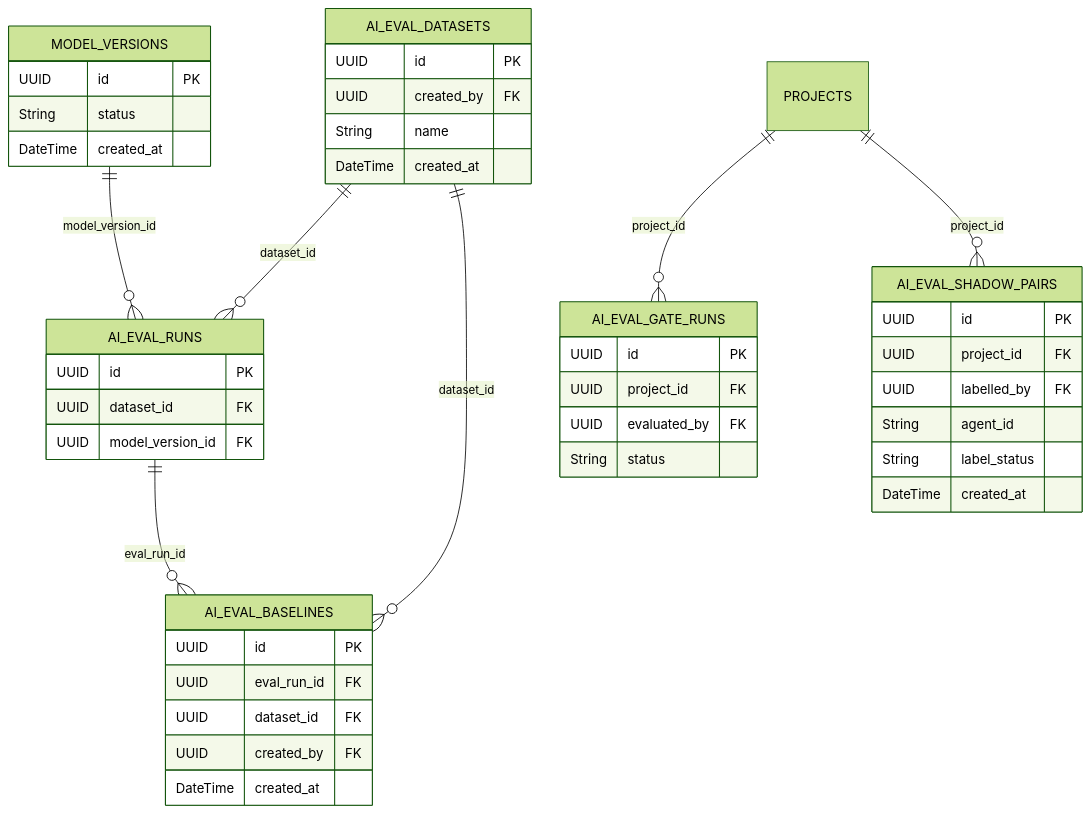
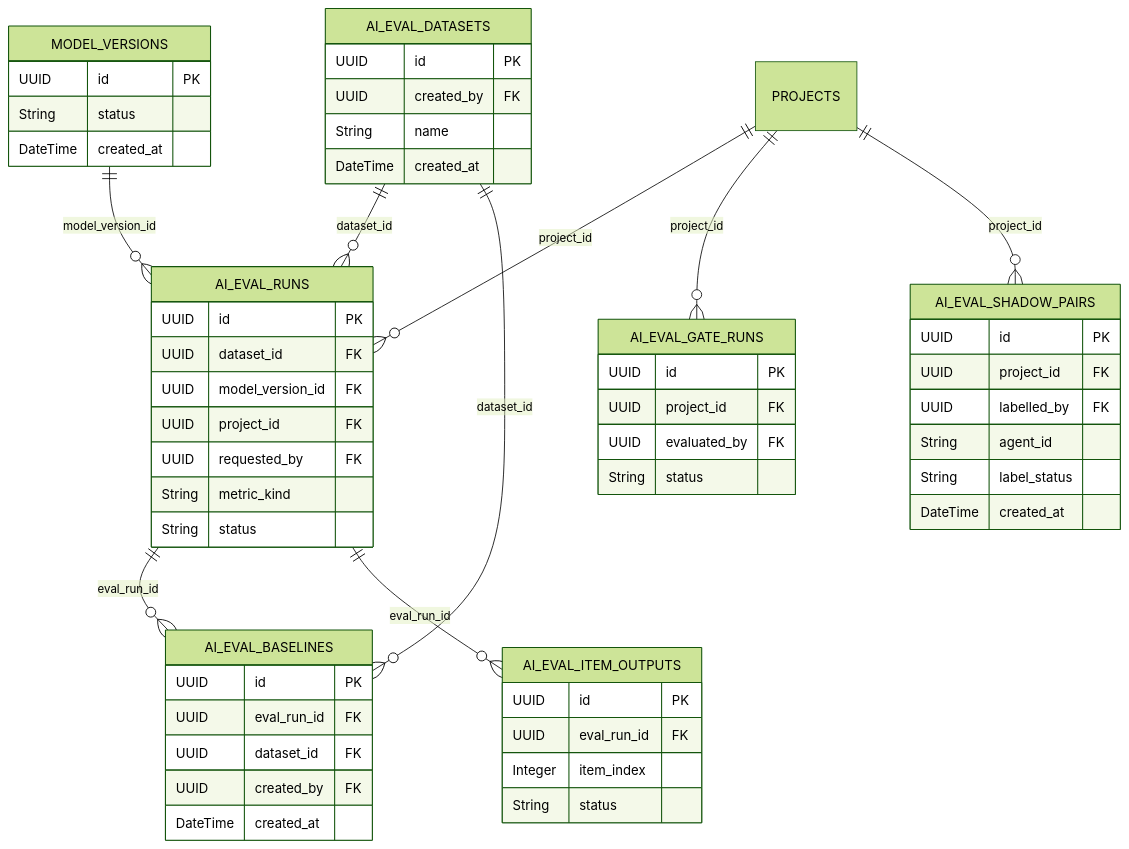
One commit to test-intelligence/testlookup changed the fifth of 10 diagrams in architecture/DATABASE_SCHEMA.md. Above: the diagram before and after it, drawn with Mermaid (forest theme). The commit also changed other lines of this file and 17 other files, not shown here.

````diff
--- a/architecture/DATABASE_SCHEMA.md
+++ b/architecture/DATABASE_SCHEMA.md
@@ -427,46 +427,58 @@
 ```mermaid
 erDiagram
     AI_EVAL_DATASETS ||--o{ AI_EVAL_RUNS : "dataset_id"
     MODEL_VERSIONS ||--o{ AI_EVAL_RUNS : "model_version_id"
     AI_EVAL_RUNS ||--o{ AI_EVAL_BASELINES : "eval_run_id"
     AI_EVAL_DATASETS ||--o{ AI_EVAL_BASELINES : "dataset_id"
+    AI_EVAL_RUNS ||--o{ AI_EVAL_ITEM_OUTPUTS : "eval_run_id"
+    PROJECTS ||--o{ AI_EVAL_RUNS : "project_id"
     PROJECTS ||--o{ AI_EVAL_GATE_RUNS : "project_id"
     PROJECTS ||--o{ AI_EVAL_SHADOW_PAIRS : "project_id"
     MODEL_VERSIONS {
         UUID id PK
         String status
         DateTime created_at
     }
     AI_EVAL_DATASETS {
         UUID id PK
         UUID created_by FK
         String name
         DateTime created_at
     }
     AI_EVAL_RUNS {
         UUID id PK
         UUID dataset_id FK
         UUID model_version_id FK
+        UUID project_id FK
+        UUID requested_by FK
+        String metric_kind
+        String status
+    }
+    AI_EVAL_ITEM_OUTPUTS {
+        UUID id PK
+        UUID eval_run_id FK
+        Integer item_index
+        String status
     }
     AI_EVAL_BASELINES {
         UUID id PK
         UUID eval_run_id FK
         UUID dataset_id FK
         UUID created_by FK
         DateTime created_at
     }
     AI_EVAL_GATE_RUNS {
         UUID id PK
         UUID project_id FK
         UUID evaluated_by FK
         String status
     }
     AI_EVAL_SHADOW_PAIRS {
         UUID id PK
         UUID project_id FK
         UUID labelled_by FK
         String agent_id
         String label_status
         DateTime created_at
     }
 ```
````
